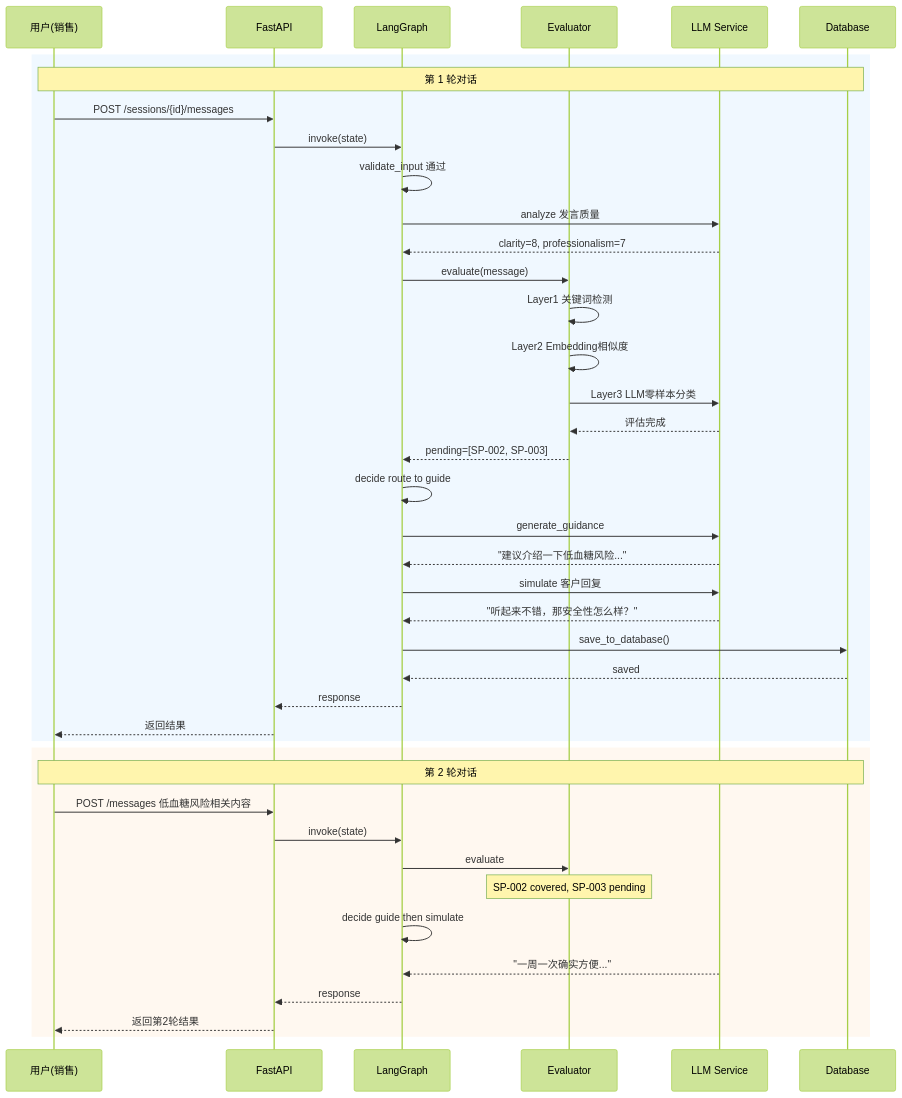
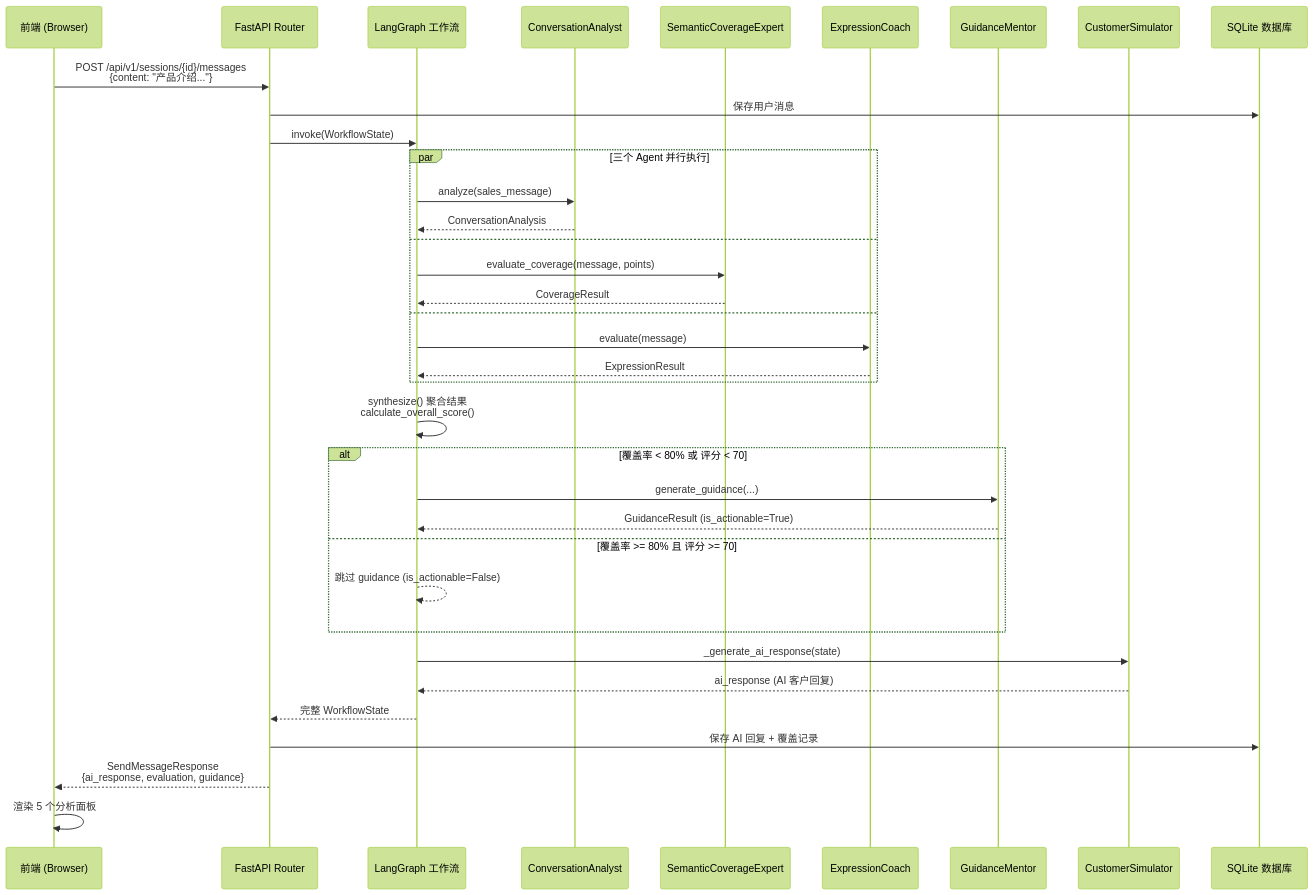
Before and after one commit to xt765/UMU-Sales-Trainer: the fourth of 10 diagrams in README.md, drawn with Mermaid (forest theme). The commit also changed other lines of this file and 4 other files, not shown here.

Commit message:
docs: rewrite all documentation from scratch (2756 lines, 16 Mermaid diagrams)

````diff
--- a/README.md
+++ b/README.md
@@ -529,54 +294,44 @@
 ```mermaid
 sequenceDiagram
-    participant U as 用户(销售)
-    participant F as FastAPI
-    participant W as LangGraph
-    participant E as Evaluator
-    participant L as LLM Service
-    participant D as Database
+    participant FE as 前端 (Browser)
+    participant API as FastAPI Router
+    participant WF as LangGraph 工作流
+    participant CA as ConversationAnalyst
+    participant SC as SemanticCoverageExpert
+    participant EC as ExpressionCoach
+    participant GM as GuidanceMentor
+    participant CS as CustomerSimulator
+    participant DB as SQLite 数据库
 
-    rect rgb(240, 248, 255)
-        Note over U,D: 第 1 轮对话
-        
-        U->>F: POST /sessions/{id}/messages
-        F->>W: invoke(state)
-        
-        W->>W: validate_input 通过
-        W->>L: analyze 发言质量
-        L-->>W: clarity=8, professionalism=7
-        
-        W->>E: evaluate(message)
-        E->>E: Layer1 关键词检测
-        E->>E: Layer2 Embedding相似度
-        E->>L: Layer3 LLM零样本分类
-        L-->>E: 评估完成
-        
-        E-->>W: pending=[SP-002, SP-003]
-        
-        W->>W: decide route to guide
-        W->>L: generate_guidance
-        L-->>W: "建议介绍一下低血糖风险..."
-        
-        W->>L: simulate 客户回复
-        L-->>W: "听起来不错，那安全性怎么样？"
-        
-        W->>D: save_to_database()
-        D-->>W: saved
-        
-        W-->>F: response
-        F-->>U: 返回结果
+    FE->>API: POST /api/v1/sessions/{id}/messages<br/>{content: "产品介绍..."}
+    API->>DB: 保存用户消息
+    API->>WF: invoke(WorkflowState)
+
+    par 三个 Agent 并行执行
+        WF->>CA: analyze(sales_message)
+        CA-->>WF: ConversationAnalysis
+    and
+        WF->>SC: evaluate_coverage(message, points)
+        SC-->>WF: CoverageResult
+    and
+        WF->>EC: evaluate(message)
+        EC-->>WF: ExpressionResult
     end
-    
-    rect rgb(255, 248, 240)
-        Note over U,D: 第 2 轮对话
-        
-        U->>F: POST /messages 低血糖风险相关内容
-        F->>W: invoke(state)
-        W->>E: evaluate
-        Note over E: SP-002 covered, SP-003 pending
-        W->>W: decide guide then simulate
-        L-->>W: "一周一次确实方便..."
-        W-->>F: response
-        F-->>U: 返回第2轮结果
+
+    WF->>WF: synthesize() 聚合结果<br/>calculate_overall_score()
+
+    alt 覆盖率 < 80% 或 评分 < 70
+        WF->>GM: generate_guidance(...)
+        GM-->>WF: GuidanceResult (is_actionable=True)
+    else 覆盖率 >= 80% 且 评分 >= 70
+        WF-->>WF: 跳过 guidance (is_actionable=False)
     end
+
+    WF->>CS: _generate_ai_response(state)
+    CS-->>WF: ai_response (AI 客户回复)
+
+    WF-->>API: 完整 WorkflowState
+    API->>DB: 保存 AI 回复 + 覆盖记录
+    API-->>FE: SendMessageResponse<br/>{ai_response, evaluation, guidance}
+    FE->>FE: 渲染 5 个分析面板
 ```
````
